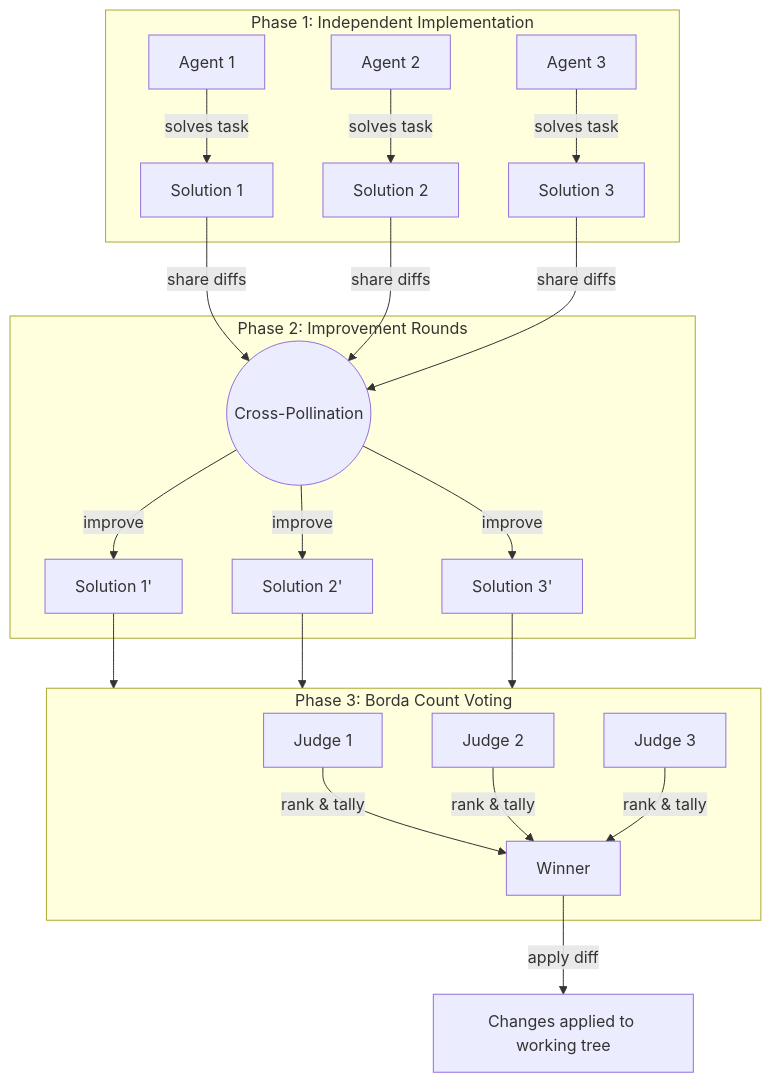
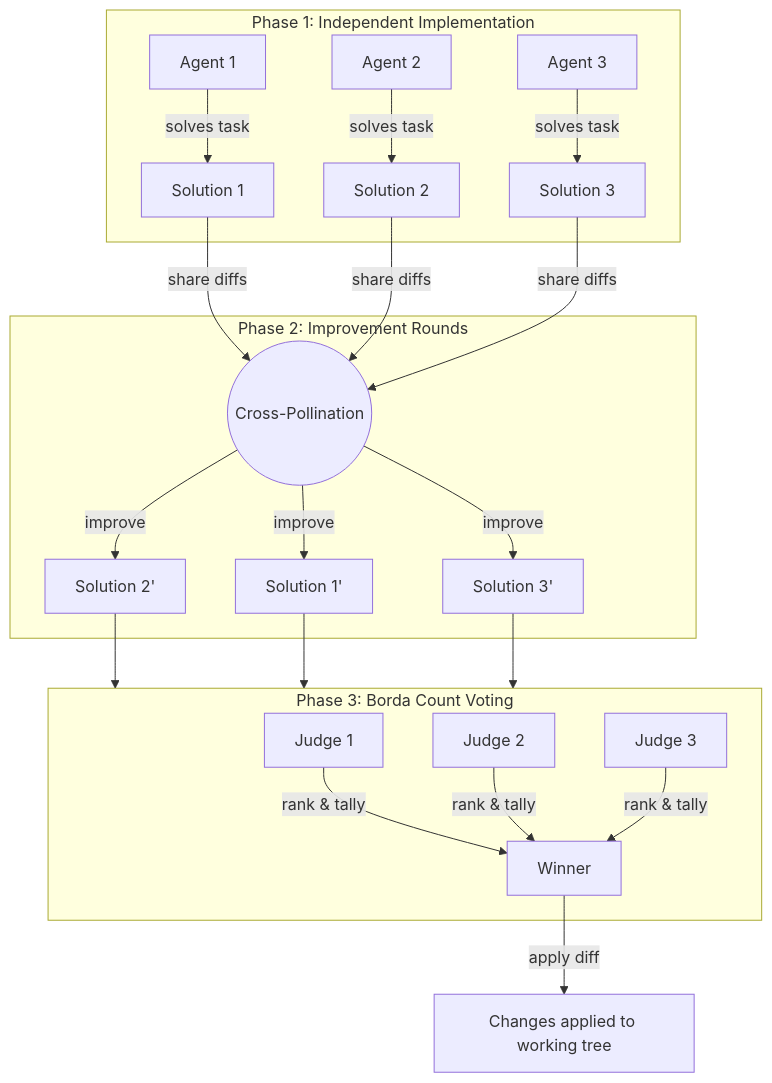
The diagram in README.md (qiao/horse-race-skill), drawn with Mermaid before and after one commit.

Commit message:
Polish diagram

````diff
--- a/README.md
+++ b/README.md
@@ -42,23 +42,25 @@
 ```mermaid
 flowchart TD
     subgraph P1["Phase 1: Independent Implementation"]
         A1[Agent 1] -->|solves task| S1[Solution 1]
         A2[Agent 2] -->|solves task| S2[Solution 2]
         A3[Agent 3] -->|solves task| S3[Solution 3]
     end
 
     subgraph P2["Phase 2: Improvement Rounds"]
         S1 & S2 & S3 -->|share diffs| X((Cross-Pollination))
         X -->|improve| S1a["Solution 1'"]
         X -->|improve| S2a["Solution 2'"]
         X -->|improve| S3a["Solution 3'"]
     end
 
-    S1a & S2a & S3a --> P3
-
     subgraph P3["Phase 3: Borda Count Voting"]
         J1[Judge 1] & J2[Judge 2] & J3[Judge 3] -->|rank & tally| W[Winner]
     end
 
+    S2a --> P3
+    S1a --> P3
+    S3a --> P3
+
     W -->|apply diff| R[Changes applied to working tree]
 ```
````
